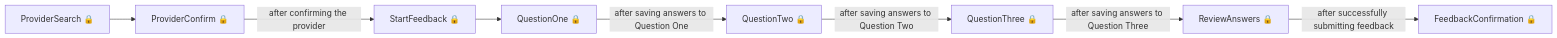
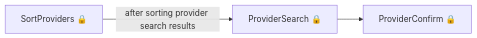
The first of 4 diagrams in das-employer-feedback-web/user-journeys/user-journeys.md (talentconsulting/atlas-dfe), drawn with Mermaid before and after one commit. The commit also changed other lines of this file and 36 other files, not shown here.

````diff
--- a/das-employer-feedback-web/user-journeys/user-journeys.md
+++ b/das-employer-feedback-web/user-journeys/user-journeys.md
@@ -9,10 +9,5 @@
 ```mermaid
 flowchart LR
-  p0["ProviderSearch 🔒"] --> p1["ProviderConfirm 🔒"]
-  p1["ProviderConfirm 🔒"] -->|"after confirming the provider"| p2["StartFeedback 🔒"]
-  p2["StartFeedback 🔒"] --> p3["QuestionOne 🔒"]
-  p3["QuestionOne 🔒"] -->|"after saving answers to Question One"| p4["QuestionTwo 🔒"]
-  p4["QuestionTwo 🔒"] -->|"after saving answers to Question Two"| p5["QuestionThree 🔒"]
-  p5["QuestionThree 🔒"] -->|"after saving answers to Question Three"| p6["ReviewAnswers 🔒"]
-  p6["ReviewAnswers 🔒"] -->|"after successfully submitting feedback"| p7["FeedbackConfirmation 🔒"]
+  p0["SortProviders 🔒"] -->|"after sorting provider search results"| p1["ProviderSearch 🔒"]
+  p1["ProviderSearch 🔒"] --> p2["ProviderConfirm 🔒"]
 ```
````
